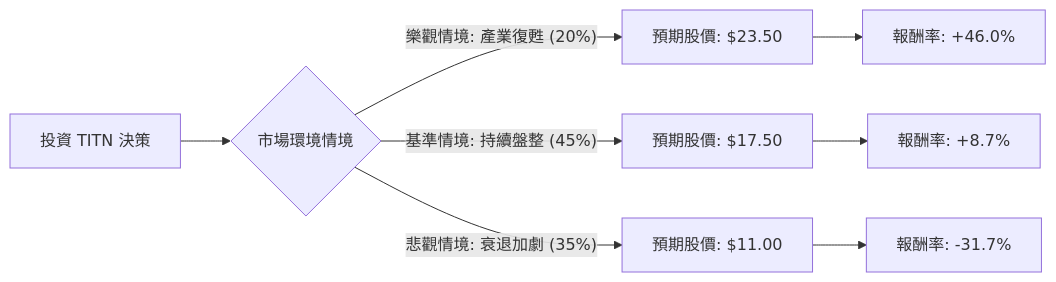
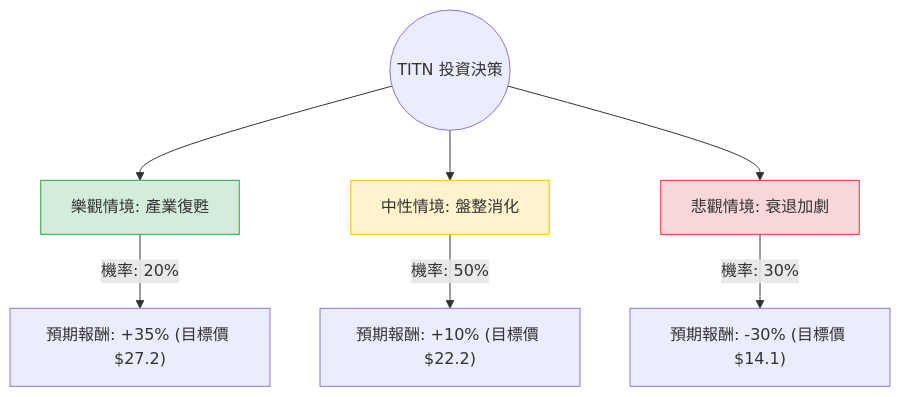
The diagram in plugin-react/ai-analysis/ev-analysis/TITN.md (zmcx16/zmcx16.github.io), drawn with Mermaid before and after one commit. The commit also changed other lines of this file and 81 other files, not shown here.

````diff
--- a/plugin-react/ai-analysis/ev-analysis/TITN.md
+++ b/plugin-react/ai-analysis/ev-analysis/TITN.md
@@ -19,12 +20,14 @@
 ```mermaid
-graph LR
-    A[投資 TITN 決策] --> B{市場環境情境}
-    
-    B -- 樂觀情境: 產業復甦 (20%) --> C[預期股價: $23.50]
-    B -- 基準情境: 持續盤整 (45%) --> D[預期股價: $17.50]
-    B -- 悲觀情境: 衰退加劇 (35%) --> E[預期股價: $11.00]
+graph TD
+    Start((TITN 投資決策)) --> Bull[樂觀情境: 產業復甦]
+    Start --> Base[中性情境: 盤整消化]
+    Start --> Bear[悲觀情境: 衰退加劇]
 
-    C --> C1[報酬率: +46.0%]
-    D --> D1[報酬率: +8.7%]
-    E --> E1[報酬率: -31.7%]
+    Bull -- "機率: 20%" --> BullVal["預期報酬: +35% (目標價 $27.2)"]
+    Base -- "機率: 50%" --> BaseVal["預期報酬: +10% (目標價 $22.2)"]
+    Bear -- "機率: 30%" --> BearVal["預期報酬: -30% (目標價 $14.1)"]
+
+    style Bull fill:#d4edda,stroke:#28a745
+    style Base fill:#fff3cd,stroke:#ffc107
+    style Bear fill:#f8d7da,stroke:#dc3545
 ```
````
